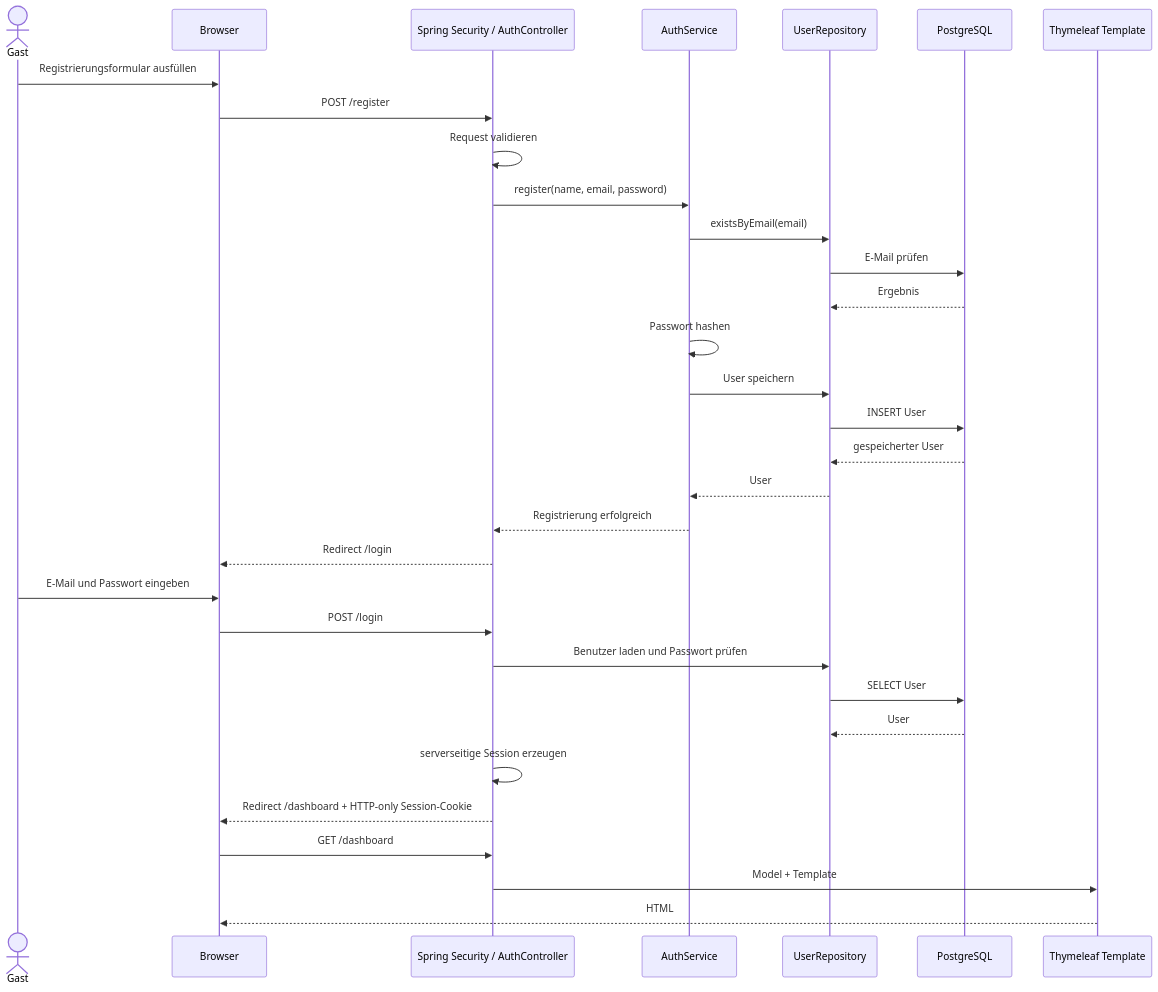
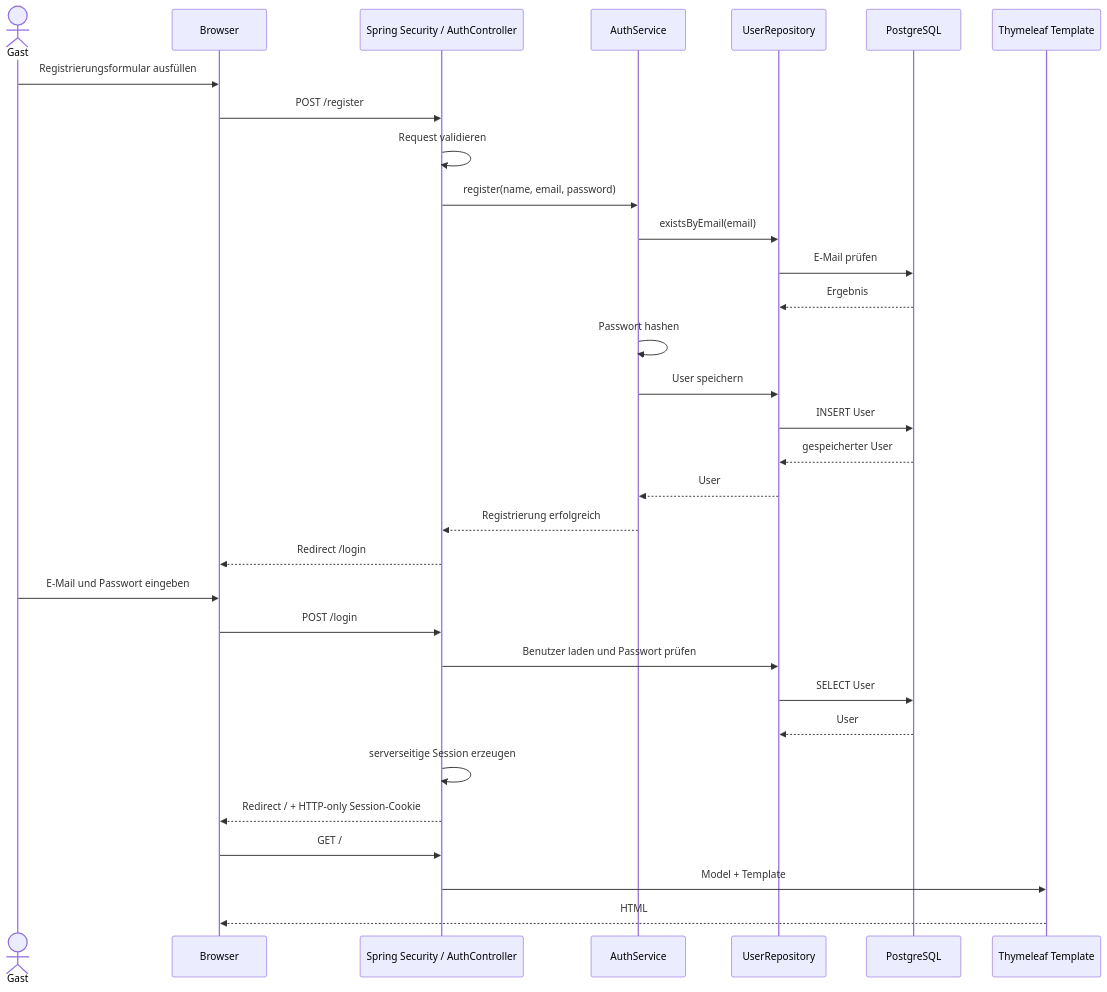
One commit to Bunyamin0101/WK_1106_CampusSplit changed the first of 10 diagrams in Architektur/A06-runtime-view.md. Above: the diagram before and after it, drawn with Mermaid. The commit also changed other lines of this file and 2 other files, not shown here.

Commit message:
docs(architecture): align building blocks and runtime with implementation

````diff
--- a/Architektur/A06-runtime-view.md
+++ b/Architektur/A06-runtime-view.md
@@ -29,36 +29,36 @@
 ```mermaid
 sequenceDiagram
     actor Gast
     participant Browser
     participant Auth as Spring Security / AuthController
     participant Service as AuthService
     participant Repo as UserRepository
     participant DB as PostgreSQL
     participant View as Thymeleaf Template
 
     Gast->>Browser: Registrierungsformular ausfüllen
     Browser->>Auth: POST /register
     Auth->>Auth: Request validieren
     Auth->>Service: register(name, email, password)
     Service->>Repo: existsByEmail(email)
     Repo->>DB: E-Mail prüfen
     DB-->>Repo: Ergebnis
     Service->>Service: Passwort hashen
     Service->>Repo: User speichern
     Repo->>DB: INSERT User
     DB-->>Repo: gespeicherter User
     Repo-->>Service: User
     Service-->>Auth: Registrierung erfolgreich
     Auth-->>Browser: Redirect /login
 
     Gast->>Browser: E-Mail und Passwort eingeben
     Browser->>Auth: POST /login
     Auth->>Repo: Benutzer laden und Passwort prüfen
     Repo->>DB: SELECT User
     DB-->>Repo: User
     Auth->>Auth: serverseitige Session erzeugen
-    Auth-->>Browser: Redirect /dashboard + HTTP-only Session-Cookie
-    Browser->>Auth: GET /dashboard
+    Auth-->>Browser: Redirect / + HTTP-only Session-Cookie
+    Browser->>Auth: GET /
     Auth->>View: Model + Template
     View-->>Browser: HTML
 ```
````
